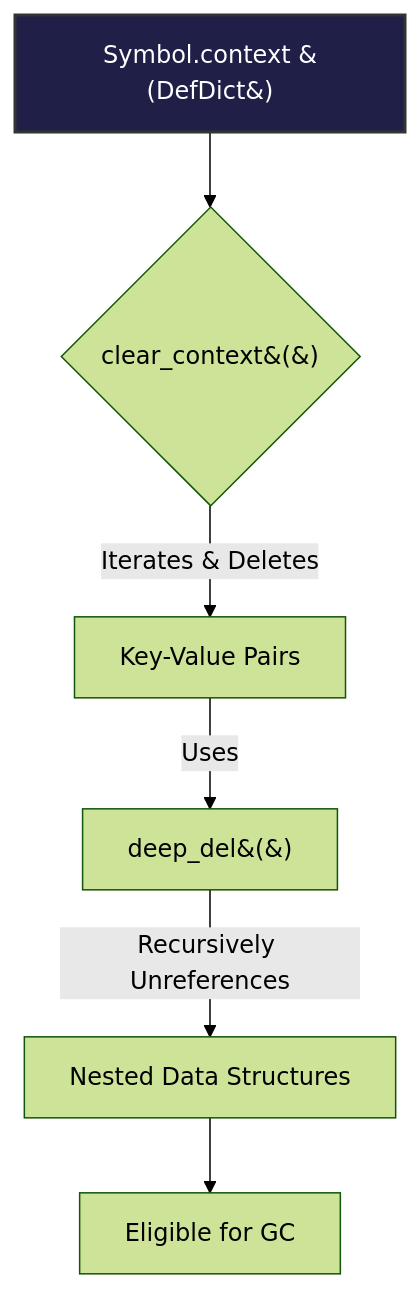
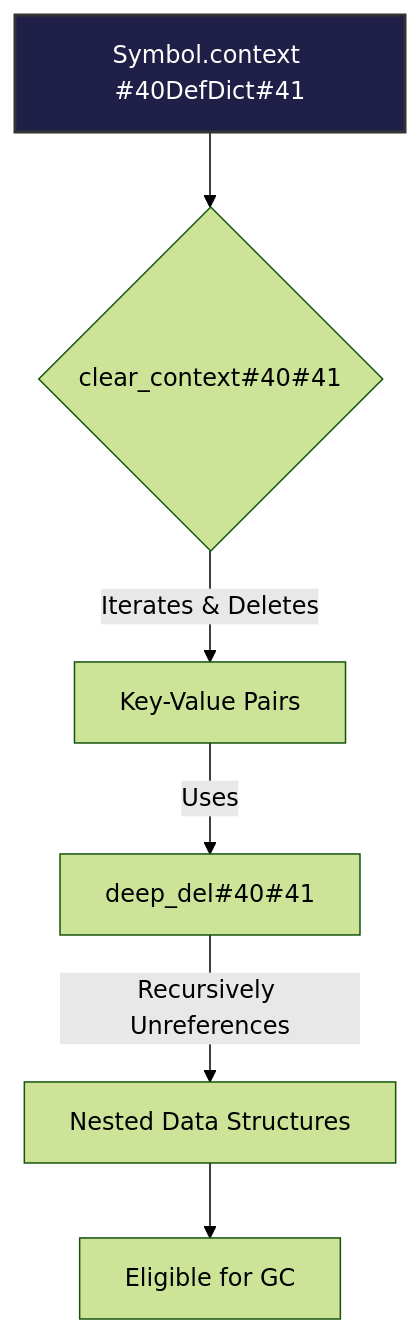
One commit to ikko/sym changed the second of 2 diagrams in docs/readme_details/10_memory_awareness/index.md. Above: the diagram before and after it, drawn with Mermaid (forest theme). The commit also changed other lines of this file and 38 other files, not shown here.

Commit message:
mermaids maybe fixed

````diff
--- a/docs/readme_details/10_memory_awareness/index.md
+++ b/docs/readme_details/10_memory_awareness/index.md
@@ -93,12 +93,12 @@
 ```mermaid
 graph TD
-    A[Symbol.context &#40;DefDict&#41;] --> B{clear_context&#40;&#41;};
+    A[Symbol.context #40DefDict#41] --> B{clear_context#40#41};
     B -- "Iterates & Deletes" --> C[Key-Value Pairs];
-    C -- "Uses" --> D[deep_del&#40;&#41;];
+    C -- "Uses" --> D[deep_del#40#41];
     D -- "Recursively Unreferences" --> E[Nested Data Structures];
     E --> F[Eligible for GC];
 
     style A fill:#201f47,stroke:#333,stroke-width:2px,color:#FFFFFF;
 
     style A fill:#201f47,stroke:#333,stroke-width:2px,color:#FFFFFF;
 ```
````
